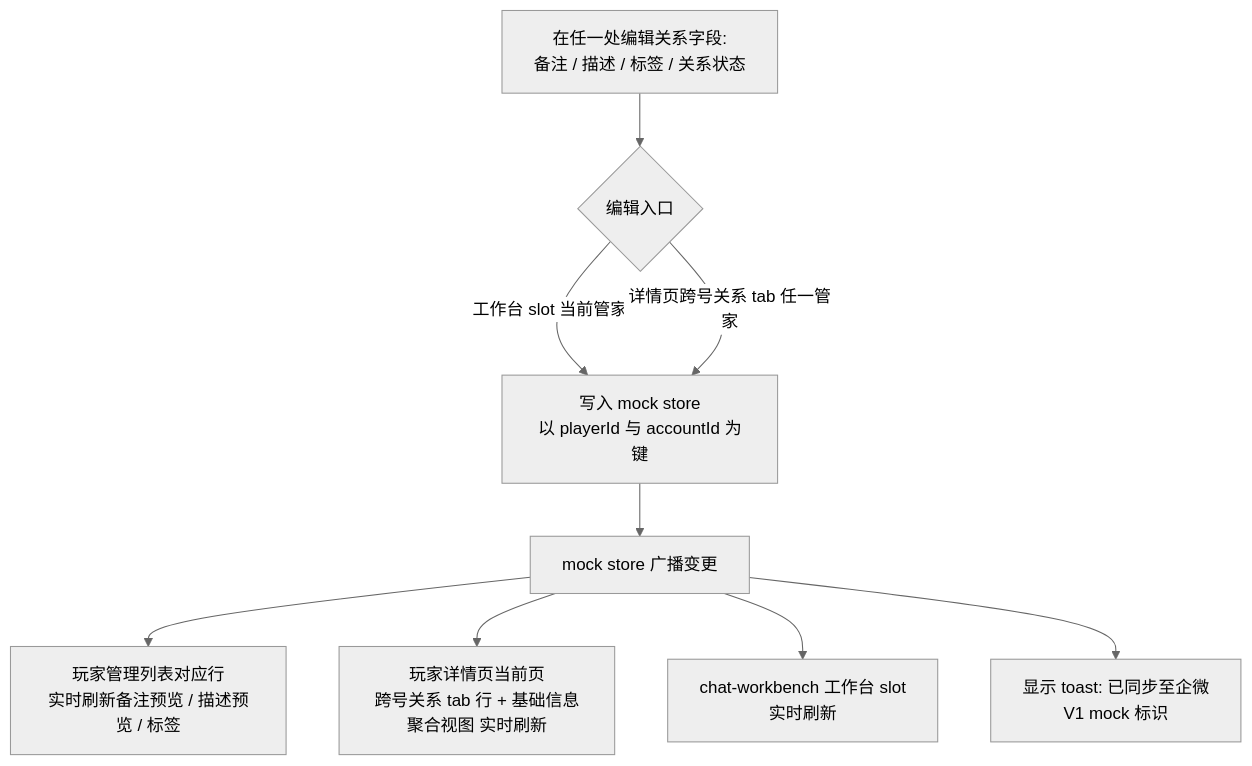
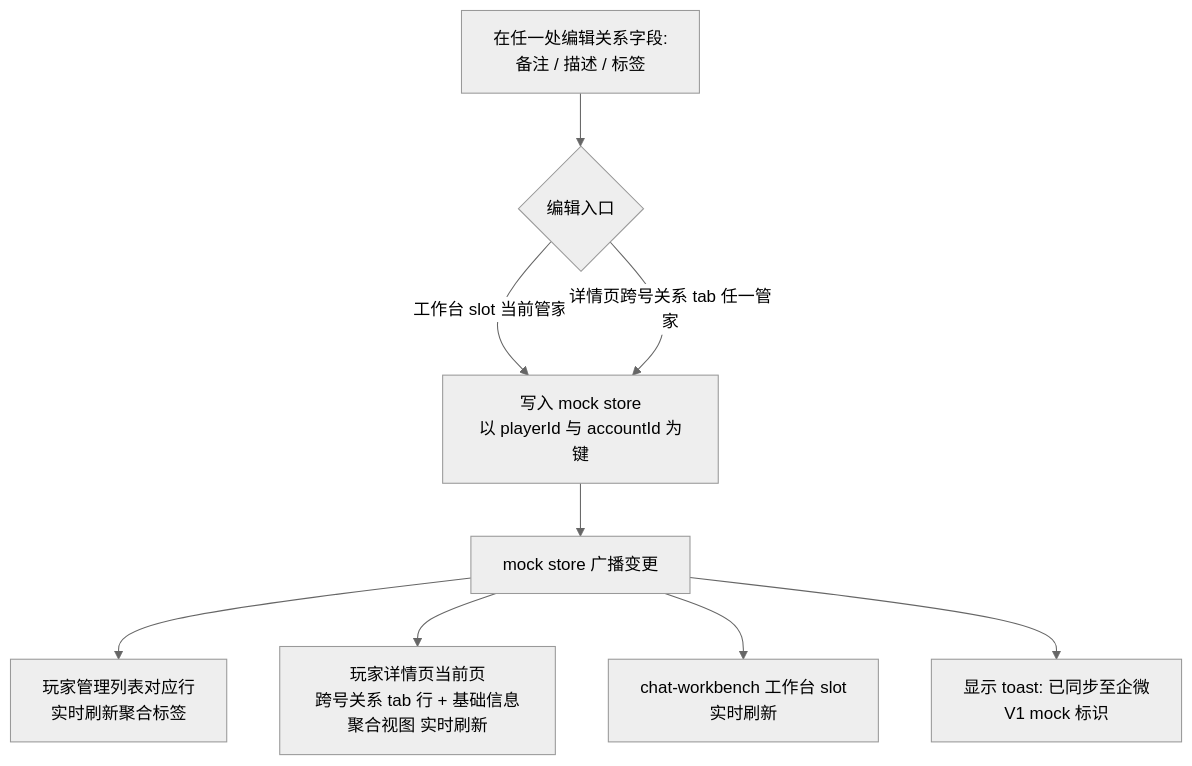
The third of 8 diagrams in project/domains/player-center/design.md (yan-pang/VIP), drawn with Mermaid (neutral theme) before and after one commit. The commit also changed other lines of this file and 79 other files, not shown here.

````diff
--- a/project/domains/player-center/design.md
+++ b/project/domains/player-center/design.md
@@ -343,11 +337,11 @@
 ```mermaid
 graph TD
-    A[在任一处编辑关系字段:<br/>备注 / 描述 / 标签 / 关系状态] --> B{编辑入口}
+    A[在任一处编辑关系字段:<br/>备注 / 描述 / 标签] --> B{编辑入口}
     B -- 工作台 slot 当前管家 --> C[写入 mock store<br/>以 playerId 与 accountId 为键]
     B -- 详情页跨号关系 tab 任一管家 --> C
     C --> D[mock store 广播变更]
-    D --> E1["玩家管理列表对应行<br/>实时刷新备注预览 / 描述预览 / 标签"]
+    D --> E1["玩家管理列表对应行<br/>实时刷新聚合标签"]
     D --> E2["玩家详情页当前页<br/>跨号关系 tab 行 + 基础信息聚合视图 实时刷新"]
     D --> E3[chat-workbench 工作台 slot<br/>实时刷新]
     D --> F[显示 toast: 已同步至企微<br/>V1 mock 标识]
 ```
````
